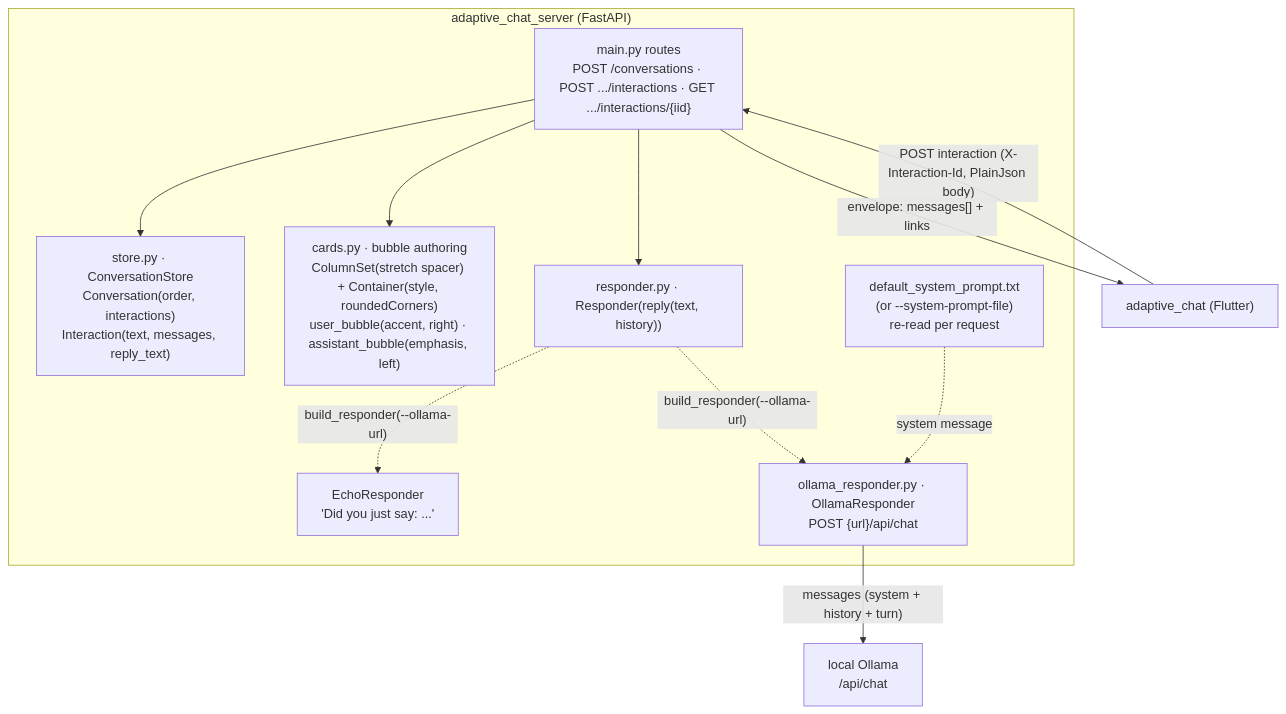
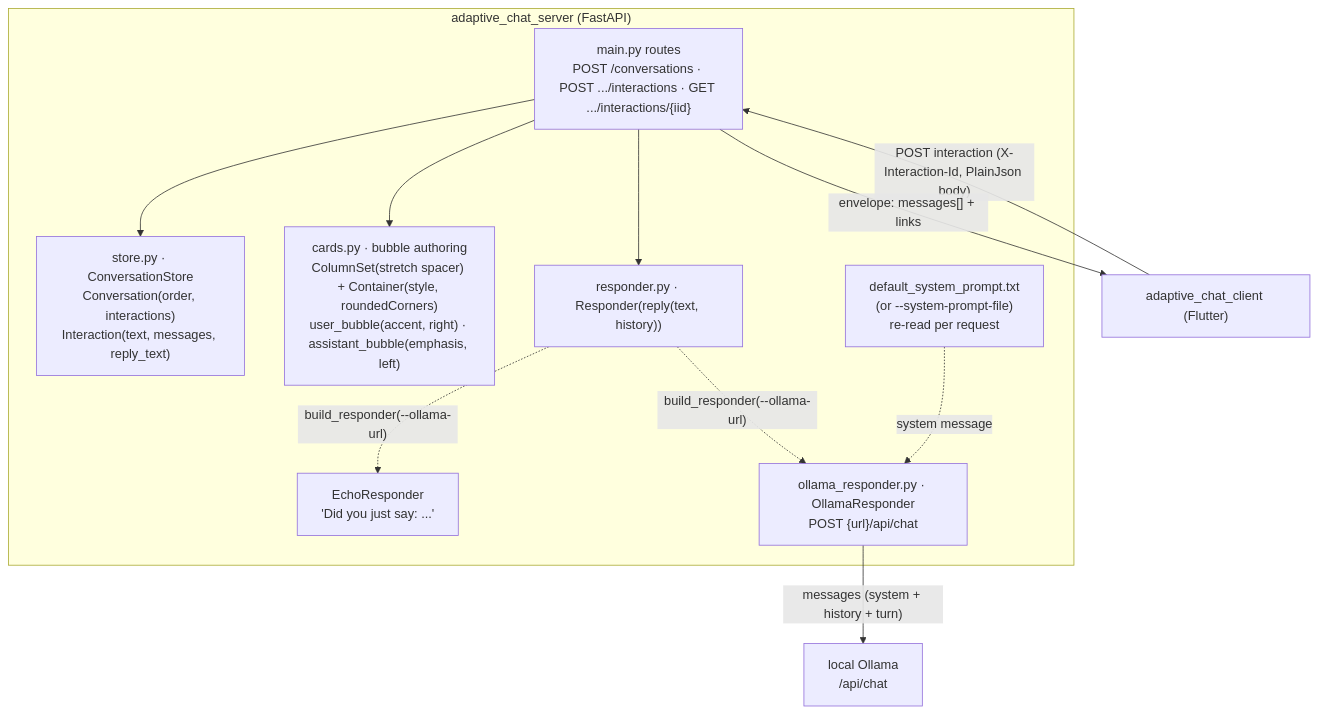
One commit to freemansoft/Flutter-AdaptiveCards changed the first of 4 diagrams in adaptive_chat_server/README.md. Above: the diagram before and after it, drawn with Mermaid. The commit also changed other lines of this file and 4 other files, not shown here.

````diff
--- a/adaptive_chat_server/README.md
+++ b/adaptive_chat_server/README.md
@@ -16,21 +16,21 @@
 ```mermaid
 flowchart TB
   subgraph server["adaptive_chat_server (FastAPI)"]
     ROUTES["main.py routes\nPOST /conversations · POST .../interactions · GET .../interactions/{iid}"]
     STORE["store.py · ConversationStore\nConversation(order, interactions)\nInteraction(text, messages, reply_text)"]
     CARDS["cards.py · bubble authoring\nColumnSet(stretch spacer) + Container(style, roundedCorners)\nuser_bubble(accent, right) · assistant_bubble(emphasis, left)"]
     RESP["responder.py · Responder(reply(text, history))"]
     ECHO["EchoResponder\n'Did you just say: ...'"]
     OLLAMA["ollama_responder.py · OllamaResponder\nPOST {url}/api/chat"]
     PROMPT["default_system_prompt.txt\n(or --system-prompt-file)\nre-read per request"]
     ROUTES --> STORE
     ROUTES --> CARDS
     ROUTES --> RESP
     RESP -. build_responder(--ollama-url) .-> ECHO
     RESP -. build_responder(--ollama-url) .-> OLLAMA
     PROMPT -. system message .-> OLLAMA
   end
-  CLIENT["adaptive_chat (Flutter)"] -->|"POST interaction (X-Interaction-Id, PlainJson body)"| ROUTES
+  CLIENT["adaptive_chat_client (Flutter)"] -->|"POST interaction (X-Interaction-Id, PlainJson body)"| ROUTES
   ROUTES -->|"envelope: messages[] + links"| CLIENT
   OLLAMA -->|"messages (system + history + turn)"| LLM["local Ollama\n/api/chat"]
 ```
````
